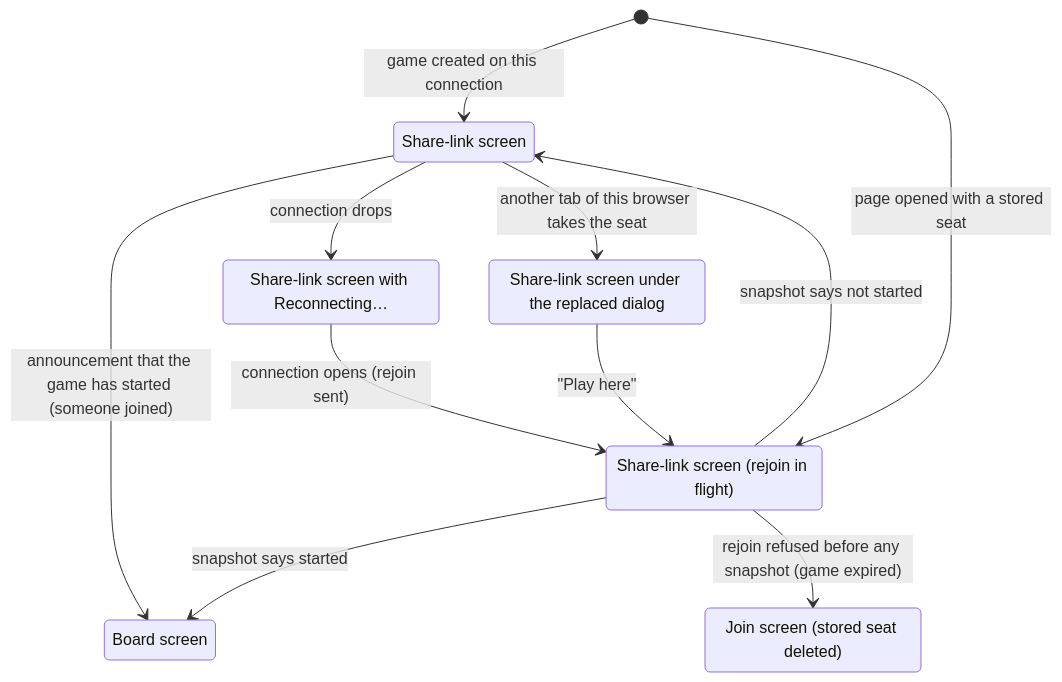
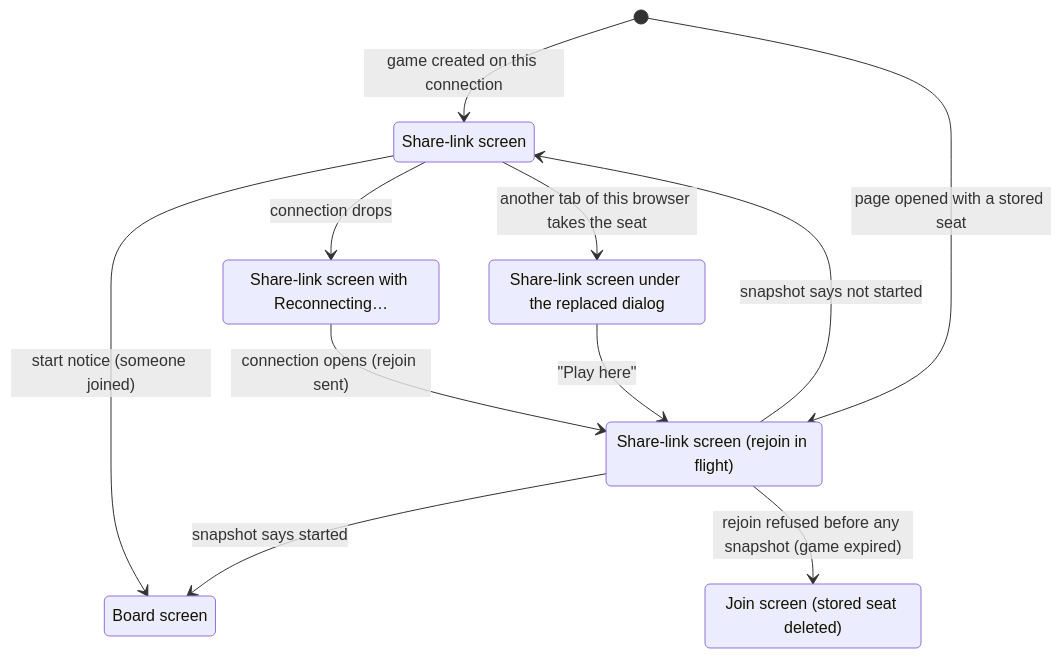
The diagram in product-description/start/waiting-for-an-opponent.md (howard36/3d-chess), drawn with Mermaid before and after one commit. The commit also changed other lines of this file and 5 other files, not shown here.

````diff
--- a/product-description/start/waiting-for-an-opponent.md
+++ b/product-description/start/waiting-for-an-opponent.md
@@ -17,19 +17,19 @@
 ```mermaid
 stateDiagram-v2
     state "Share-link screen" as share
     state "Share-link screen (rejoin in flight)" as rejoining
     state "Share-link screen with Reconnecting…" as recon
     state "Share-link screen under the replaced dialog" as replaced
     state "Join screen (stored seat deleted)" as join
     state "Board screen" as board
     [*] --> share : game created on this connection
     [*] --> rejoining : page opened with a stored seat
     rejoining --> share : snapshot says not started
     rejoining --> board : snapshot says started
     rejoining --> join : rejoin refused before any snapshot (game expired)
-    share --> board : announcement that the game has started (someone joined)
+    share --> board : start notice (someone joined)
     share --> recon : connection drops
     recon --> rejoining : connection opens (rejoin sent)
     share --> replaced : another tab of this browser takes the seat
     replaced --> rejoining : "Play here"
 ```
````
